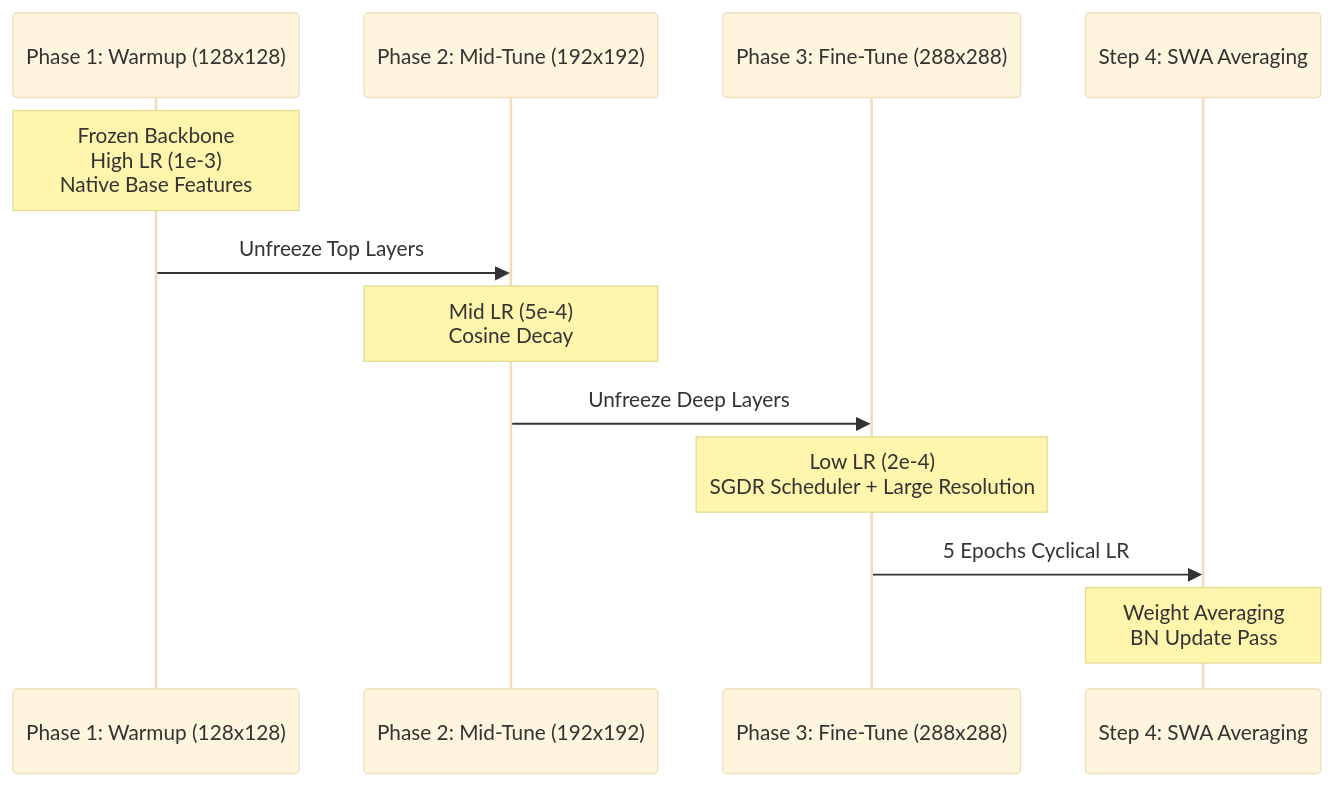
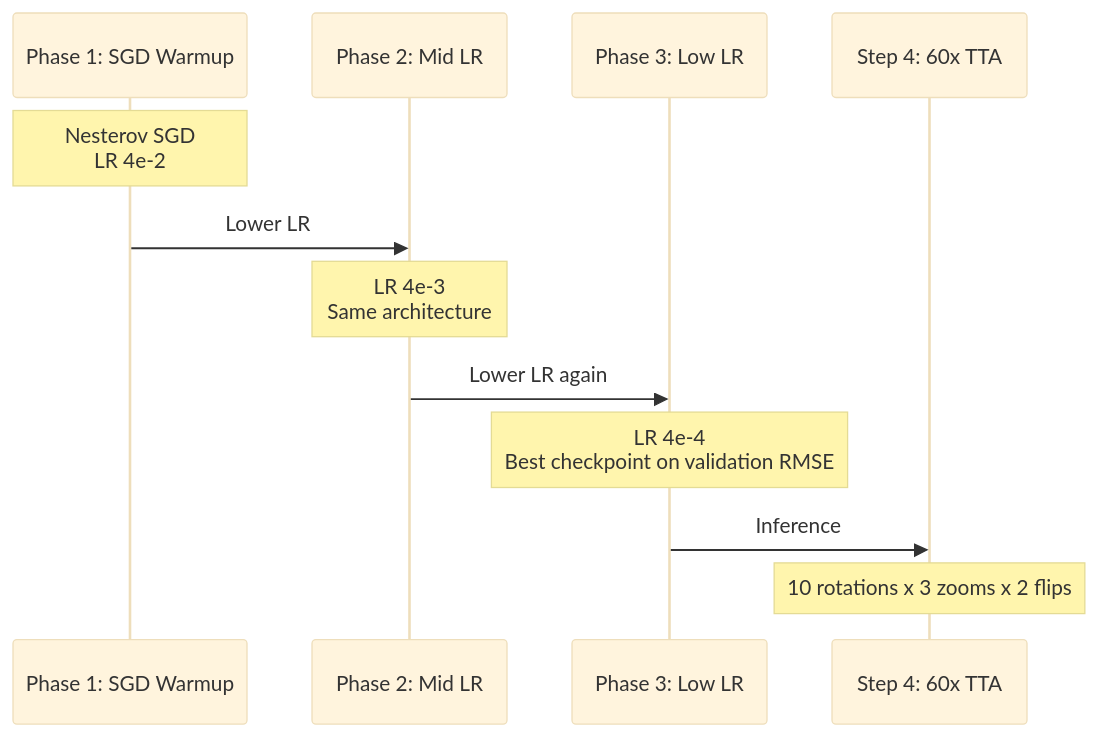
One commit to SanskarSontakke/GalaxyNet-CPU changed the second of 2 diagrams in TECHNICAL_GUIDE.md. Above: the diagram before and after it, drawn with Mermaid (base theme). The commit also changed other lines of this file and 14 other files, not shown here.

````diff
--- a/TECHNICAL_GUIDE.md
+++ b/TECHNICAL_GUIDE.md
@@ -42,15 +40,15 @@
 ```mermaid
 sequenceDiagram
-    participant P1 as Phase 1: Warmup (128x128)
-    participant P2 as Phase 2: Mid-Tune (192x192)
-    participant P3 as Phase 3: Fine-Tune (288x288)
-    participant SWA as Step 4: SWA Averaging
+    participant P1 as Phase 1: SGD Warmup
+    participant P2 as Phase 2: Mid LR
+    participant P3 as Phase 3: Low LR
+    participant TTA as Step 4: 60x TTA
 
-    Note over P1: Frozen Backbone<br/>High LR (1e-3)<br/>Native Base Features
-    P1->>P2: Unfreeze Top Layers
-    Note over P2: Mid LR (5e-4)<br/>Cosine Decay
-    P2->>P3: Unfreeze Deep Layers
-    Note over P3: Low LR (2e-4)<br/>SGDR Scheduler + Large Resolution
-    P3->>SWA: 5 Epochs Cyclical LR
-    Note over SWA: Weight Averaging<br/>BN Update Pass
+    Note over P1: Nesterov SGD<br/>LR 4e-2
+    P1->>P2: Lower LR
+    Note over P2: LR 4e-3<br/>Same architecture
+    P2->>P3: Lower LR again
+    Note over P3: LR 4e-4<br/>Best checkpoint on validation RMSE
+    P3->>TTA: Inference
+    Note over TTA: 10 rotations x 3 zooms x 2 flips
 ```
````
